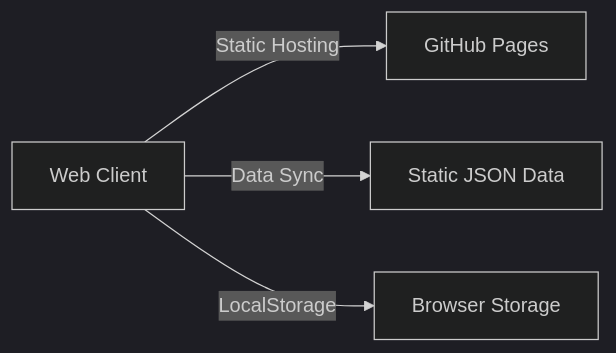
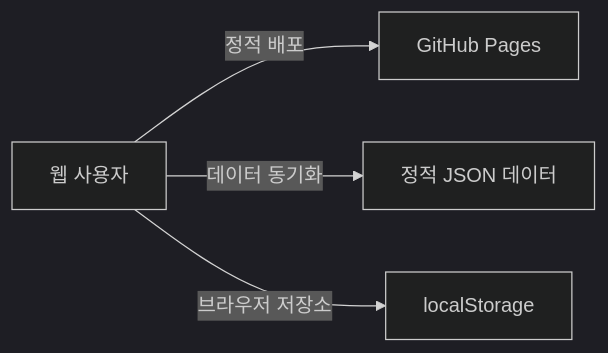
One commit to twbeatles/lotto-pension-pro-webapp changed the diagram in README.md. Above: the diagram before and after it, drawn with Mermaid (dark theme). The commit also changed other lines of this file and 19 other files, not shown here.

````diff
--- a/README.md
+++ b/README.md
@@ -42,6 +37,6 @@
 ```mermaid
 graph LR
-    User[Web Client] -->|Static Hosting| GitHubPages[GitHub Pages]
-    User -->|Data Sync| JSON[Static JSON Data]
-    User -->|LocalStorage| Browser[Browser Storage]
+    사용자[웹 사용자] -->|정적 배포| 깃허브페이지[GitHub Pages]
+    사용자 -->|데이터 동기화| 정적데이터[정적 JSON 데이터]
+    사용자 -->|브라우저 저장소| 로컬저장소[localStorage]
 ```
````
